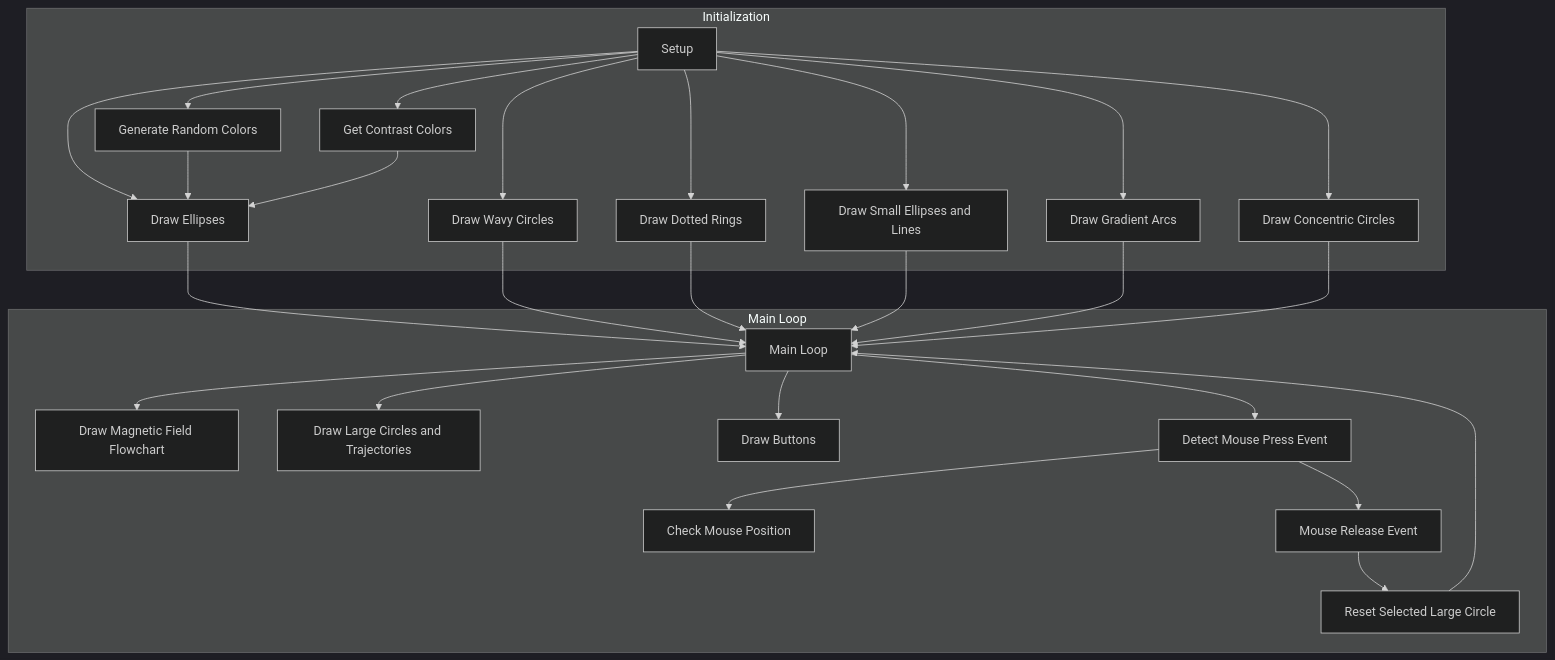
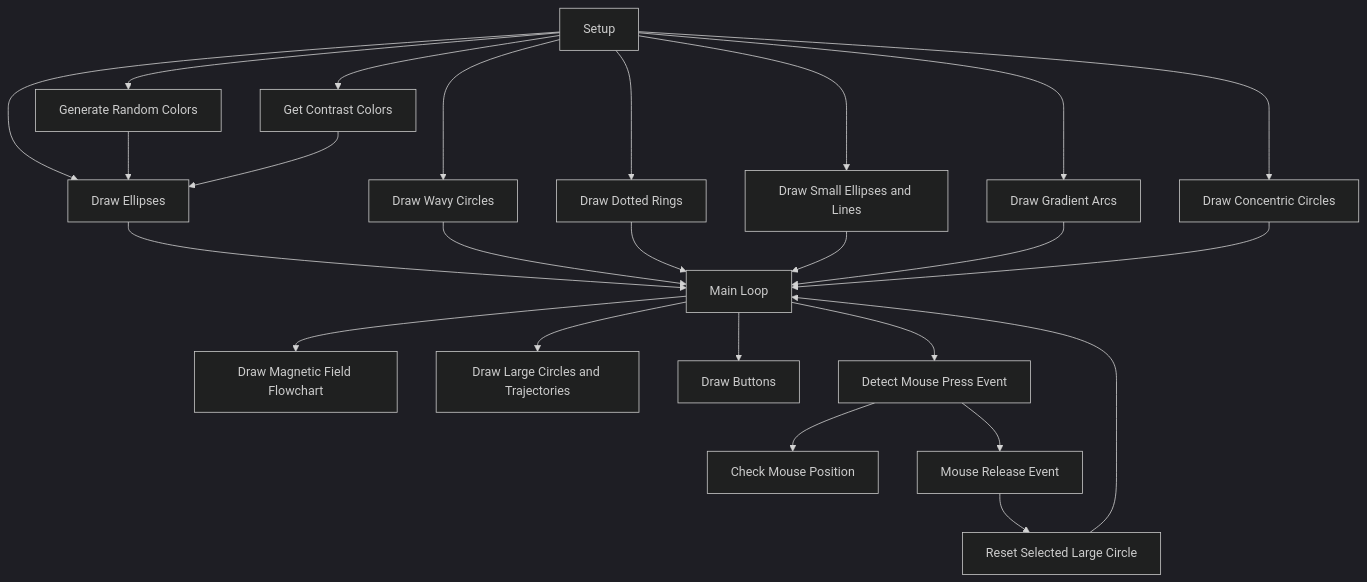
One commit to xihu0325/9103-FINAL-xihu0325 changed the first of 2 diagrams in README.md. Above: the diagram before and after it, drawn with Mermaid (dark theme).

````diff
--- a/README.md
+++ b/README.md
@@ -39,53 +39,48 @@
 ```mermaid
 graph TD;
-subgraph Initialization
   A[Setup]
   B[Generate Random Colors]
   C[Get Contrast Colors]
   D[Draw Ellipses]
   E[Draw Wavy Circles]
   F[Draw Dotted Rings]
   G[Draw Small Ellipses and Lines]
   H[Draw Gradient Arcs]
   I[Draw Concentric Circles]
-end
-
-subgraph Main Loop
   J[Main Loop]
   K[Draw Magnetic Field Flowchart]
   L[Draw Large Circles and Trajectories]
   M[Draw Buttons]
   N[Detect Mouse Press Event]
   O[Check Mouse Position]
   P[Mouse Release Event]
   Q[Reset Selected Large Circle]
-end
 
 A --> B
 A --> C
 A --> D
 A --> E
 A --> F
 A --> G
 A --> H
 A --> I
 
 B --> D
 C --> D
 D --> J
 E --> J
 F --> J
 G --> J
 H --> J
 I --> J
 
 J --> K
 J --> L
 J --> M
 J --> N
 N --> O
 N --> P
 P --> Q
 Q --> J
 
 ```
````
